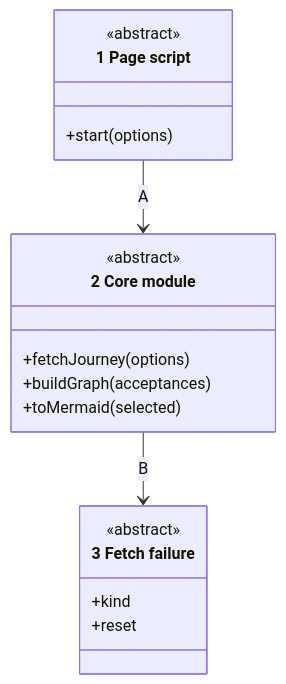
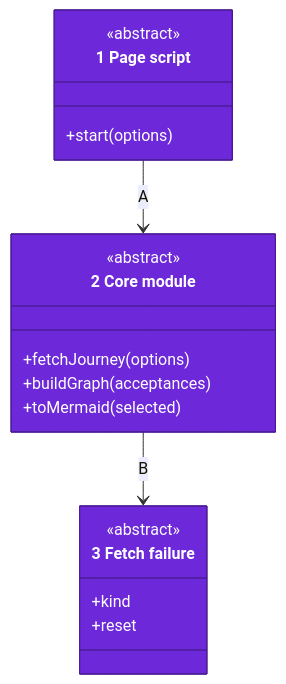
The first of 2 diagrams in docs/architecture/04-code.md (may-journal/journey), drawn with Mermaid before and after one commit. The commit also changed other lines of this file and 4 other files, not shown here.

First line of the commit message:
docs(architecture): draw each view in its level's form and palette (#17)

````diff
--- a/docs/architecture/04-code.md
+++ b/docs/architecture/04-code.md
@@ -7,21 +7,25 @@
 ```mermaid
 classDiagram
     class page["1 Page script"] {
         <<abstract>>
         +start(options)
     }
     class core["2 Core module"] {
         <<abstract>>
         +fetchJourney(options)
         +buildGraph(acceptances)
         +toMermaid(selected)
     }
     class failure["3 Fetch failure"] {
         <<abstract>>
         +kind
         +reset
     }
 
     page --> core : A
     core --> failure : B
+
+    style page fill:#6d28d9,stroke:#4c1d95,color:#ffffff
+    style core fill:#6d28d9,stroke:#4c1d95,color:#ffffff
+    style failure fill:#6d28d9,stroke:#4c1d95,color:#ffffff
 ```
````
